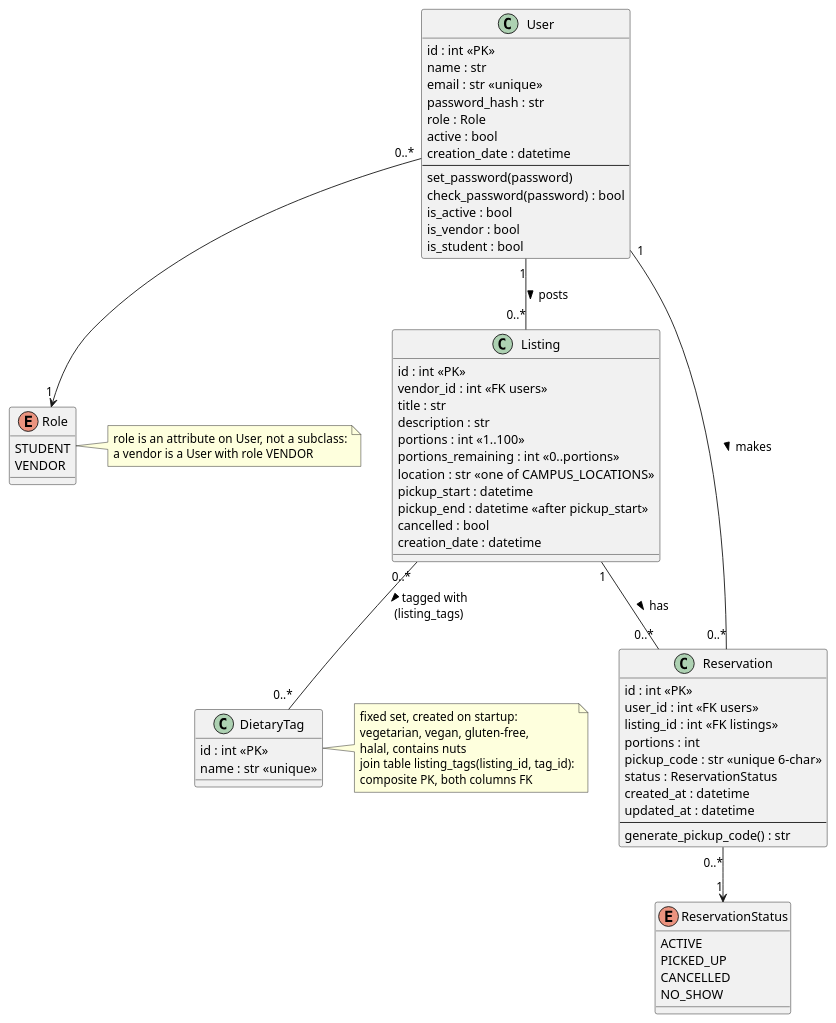
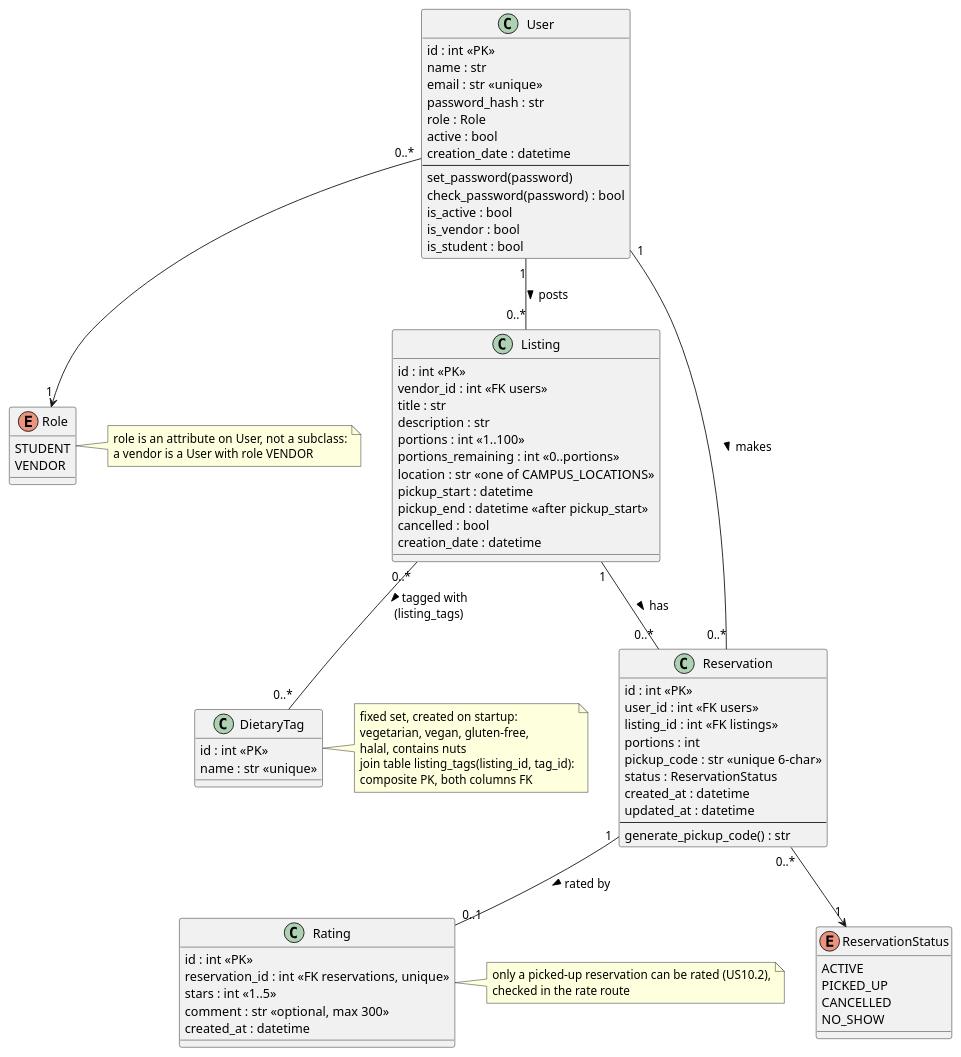
One commit to AdenPotato/CS3250-project-2 changed the diagram in uml/class.wsd. Above: the diagram before and after it, drawn with PlantUML. The commit also changed 10 other files, not shown here.

```diff
--- a/uml/class.wsd
+++ b/uml/class.wsd
@@ -1,83 +1,97 @@
 @startuml class
 
 enum Role {
     STUDENT
     VENDOR
 }
 
 note right of Role
   role is an attribute on User, not a subclass:
   a vendor is a User with role VENDOR
 end note
 
 class User {
     id : int <<PK>>
     name : str
     email : str <<unique>>
     password_hash : str
     role : Role
     active : bool
     creation_date : datetime
     --
     set_password(password)
     check_password(password) : bool
     is_active : bool
     is_vendor : bool
     is_student : bool
 }
 
 class Listing {
     id : int <<PK>>
     vendor_id : int <<FK users>>
     title : str
     description : str
     portions : int <<1..100>>
     portions_remaining : int <<0..portions>>
     location : str <<one of CAMPUS_LOCATIONS>>
     pickup_start : datetime
     pickup_end : datetime <<after pickup_start>>
     cancelled : bool
     creation_date : datetime
 }
 
 class DietaryTag {
     id : int <<PK>>
     name : str <<unique>>
 }
 
 note right of DietaryTag
   fixed set, created on startup:
   vegetarian, vegan, gluten-free,
   halal, contains nuts
   join table listing_tags(listing_id, tag_id):
   composite PK, both columns FK
 end note
 
 enum ReservationStatus {
     ACTIVE
     PICKED_UP
     CANCELLED
     NO_SHOW
 }
 
 class Reservation {
     id : int <<PK>>
     user_id : int <<FK users>>
     listing_id : int <<FK listings>>
     portions : int
     pickup_code : str <<unique 6-char>>
     status : ReservationStatus
     created_at : datetime
     updated_at : datetime
     --
     generate_pickup_code() : str
 }
 
+class Rating {
+    id : int <<PK>>
+    reservation_id : int <<FK reservations, unique>>
+    stars : int <<1..5>>
+    comment : str <<optional, max 300>>
+    created_at : datetime
+}
+
+note right of Rating
+  only a picked-up reservation can be rated (US10.2),
+  checked in the rate route
+end note
+
 User "0..*" --> "1" Role
 User "1" -- "0..*" Listing : posts >
 Listing "0..*" -- "0..*" DietaryTag : tagged with >\n(listing_tags)
 User "1" -- "0..*" Reservation : makes >
 Listing "1" -- "0..*" Reservation : has >
 Reservation "0..*" --> "1" ReservationStatus
+Reservation "1" -- "0..1" Rating : rated by >
 
 @enduml
```
